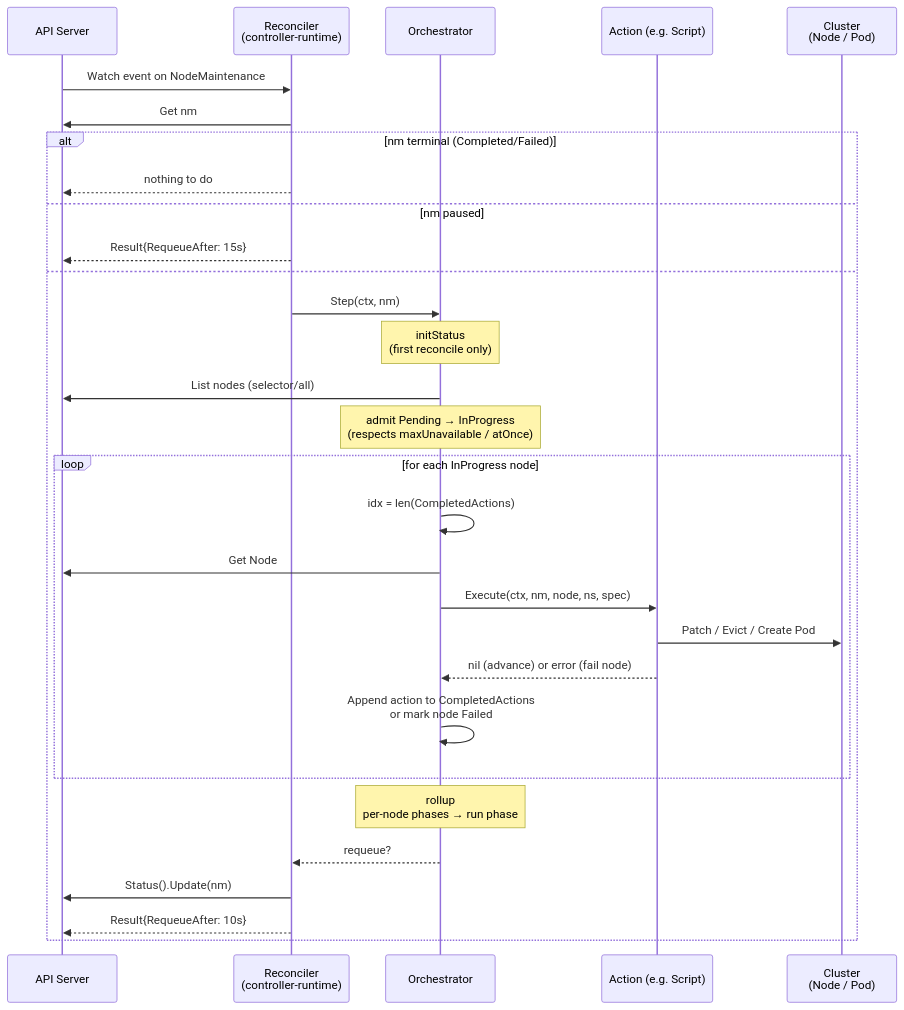
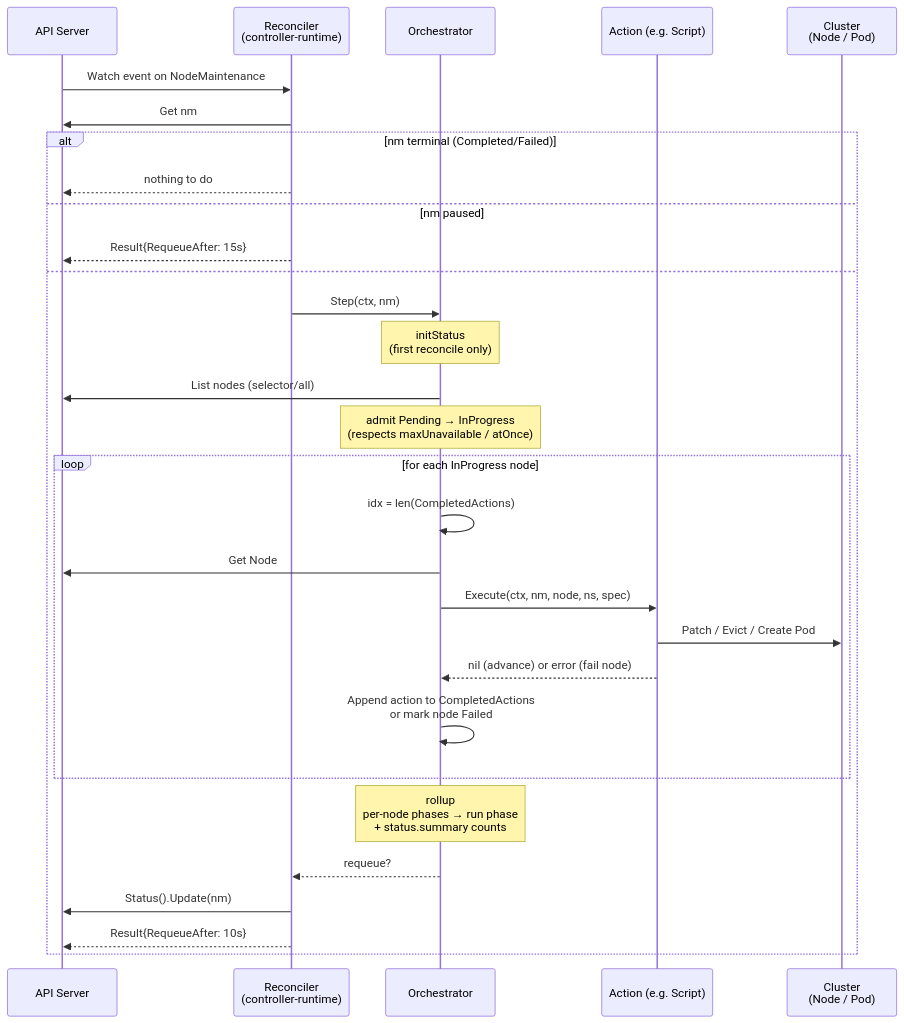
One commit to AnirudhKabra/klusterOne changed the second of 3 diagrams in README.md. Above: the diagram before and after it, drawn with Mermaid. The commit also changed other lines of this file and 2 other files, not shown here.

Commit message:
add status summary, progress/target columns

````diff
--- a/README.md
+++ b/README.md
@@ -144,33 +195,33 @@
 ```mermaid
 sequenceDiagram
     participant API as API Server
     participant R as Reconciler<br/>(controller-runtime)
     participant O as Orchestrator
     participant A as Action (e.g. Script)
     participant K as Cluster<br/>(Node / Pod)
 
     API->>R: Watch event on NodeMaintenance
     R->>API: Get nm
     alt nm terminal (Completed/Failed)
         R-->>API: nothing to do
     else nm paused
         R-->>API: Result{RequeueAfter: 15s}
     else
         R->>O: Step(ctx, nm)
         Note over O: initStatus<br/>(first reconcile only)
         O->>API: List nodes (selector/all)
         Note over O: admit Pending → InProgress<br/>(respects maxUnavailable / atOnce)
         loop for each InProgress node
             O->>O: idx = len(CompletedActions)
             O->>API: Get Node
             O->>A: Execute(ctx, nm, node, ns, spec)
             A->>K: Patch / Evict / Create Pod
             A-->>O: nil (advance) or error (fail node)
             O->>O: Append action to CompletedActions<br/>or mark node Failed
         end
-        Note over O: rollup<br/>per-node phases → run phase
+        Note over O: rollup<br/>per-node phases → run phase<br/>+ status.summary counts
         O-->>R: requeue?
         R->>API: Status().Update(nm)
         R-->>API: Result{RequeueAfter: 10s}
     end
 ```
````
